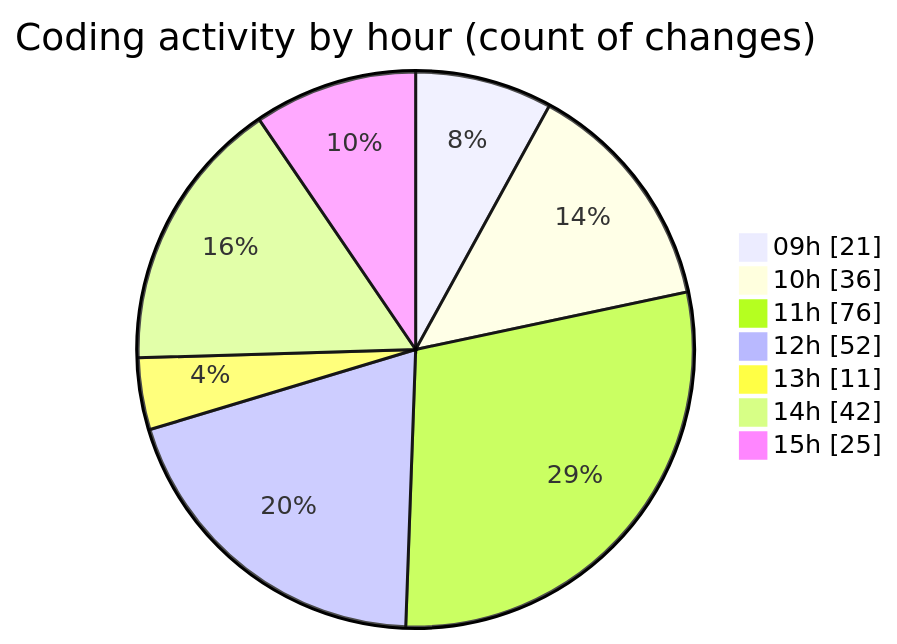
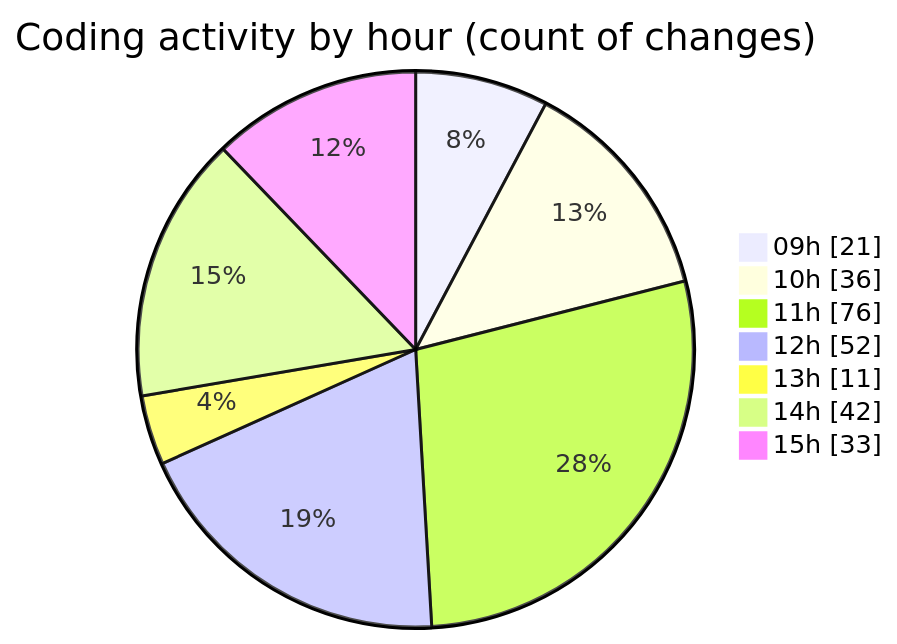
One commit to momahboobian/code-tracking changed the second of 2 diagrams in 2025-09-09/cda/README.md. Above: the diagram before and after it, drawn with Mermaid. The commit also changed other lines of this file and 1 other file, not shown here.

````diff
--- a/2025-09-09/cda/README.md
+++ b/2025-09-09/cda/README.md
@@ -142,11 +142,11 @@
 ```mermaid
 pie showData
 title Coding activity by hour (count of changes)
 "09h" : 21
 "10h" : 36
 "11h" : 76
 "12h" : 52
 "13h" : 11
 "14h" : 42
-"15h" : 25
+"15h" : 33
 ```
````
